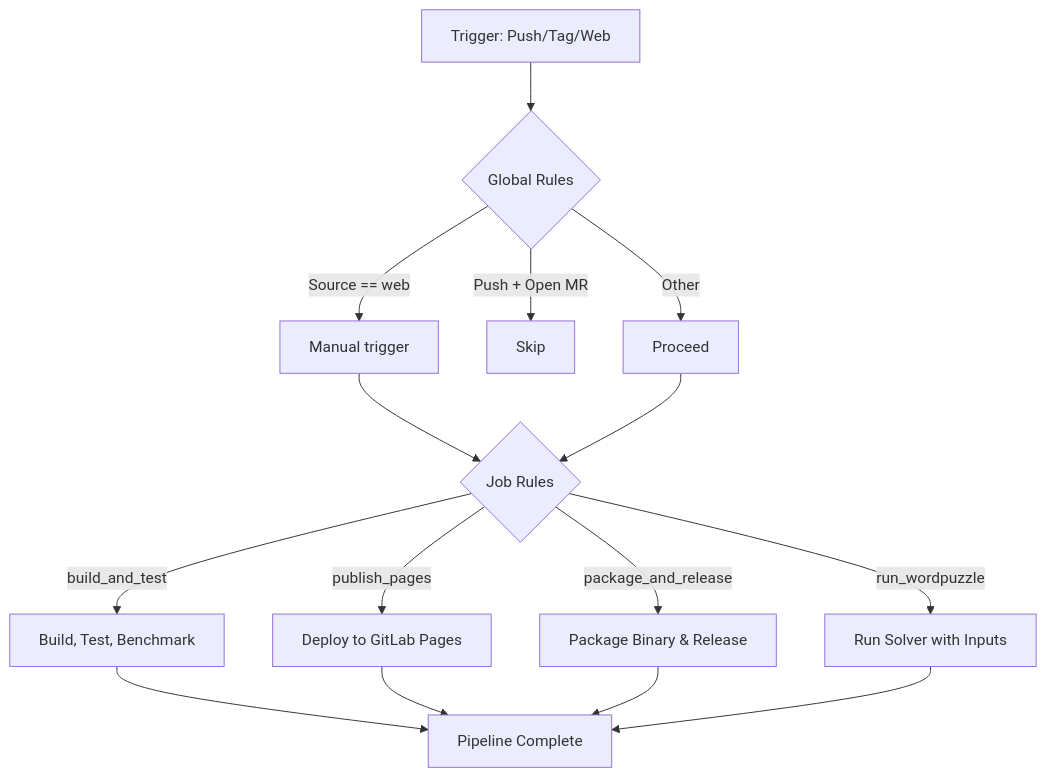
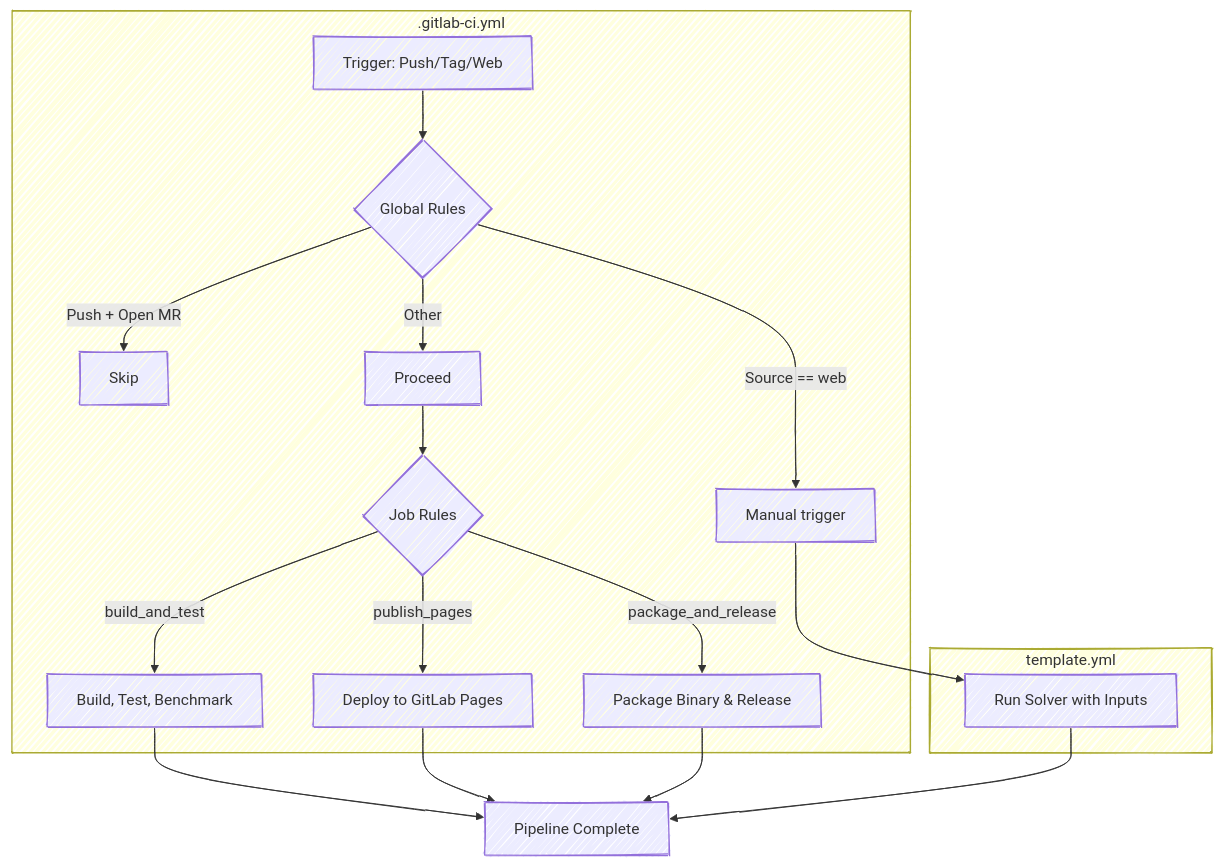
One commit to frankhjung/haskell-wordpuzzle changed the second of 2 diagrams in README.md. Above: the diagram before and after it, drawn with Mermaid. The commit also changed other lines of this file and 12 other files, not shown here.

````diff
--- a/README.md
+++ b/README.md
@@ -121,17 +131,24 @@
 ```mermaid
+---
+config:
+  look: handDrawn
+---
 graph TD
-    A["Trigger: Push/Tag/Web"] --> B{Global Rules}
-    B -->|Source == web| C["Manual trigger"]
-    B -->|Push + Open MR| D["Skip"]
-    B -->|Other| E["Proceed"]
-    C --> F{Job Rules}
-    E --> F
-    F -->|build_and_test| G["Build, Test, Benchmark"]
-    F -->|publish_pages| H["Deploy to GitLab Pages"]
-    F -->|package_and_release| I["Package Binary & Release"]
-    F -->|run_wordpuzzle| J["Run Solver with Inputs"]
+    subgraph " .gitlab-ci.yml"
+      A["Trigger: Push/Tag/Web"] --> B{Global Rules}
+      B -->|Source == web| C["Manual trigger"]
+      B -->|Push + Open MR| D["Skip"]
+      B -->|Other| E["Proceed"]
+      E --> F{Job Rules}
+      F -->|build_and_test| G["Build, Test, Benchmark"]
+      F -->|publish_pages| H["Deploy to GitLab Pages"]
+      F -->|package_and_release| I["Package Binary & Release"]
+    end
+    subgraph "template.yml"
+      C --> J["Run Solver with Inputs"]
+    end
     G --> K["Pipeline Complete"]
     H --> K
     I --> K
     J --> K
 ```
````
